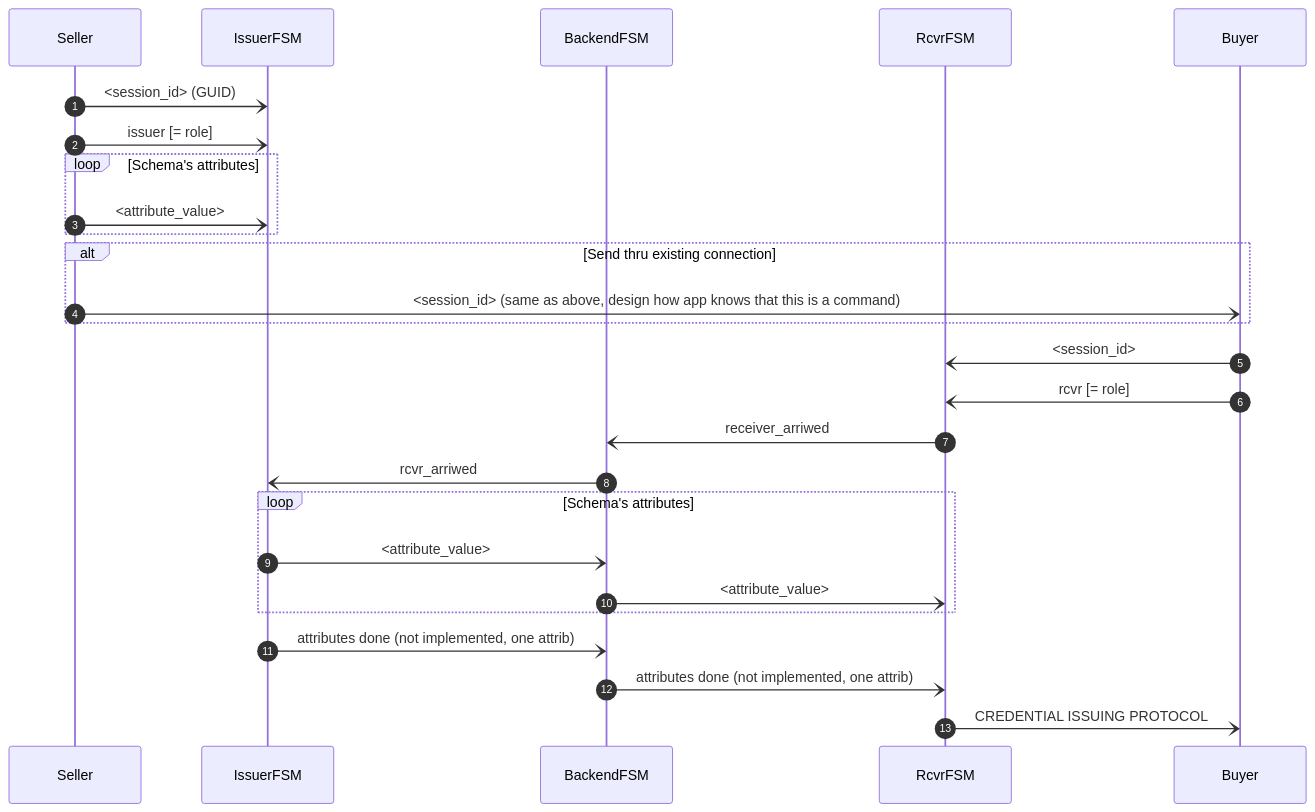
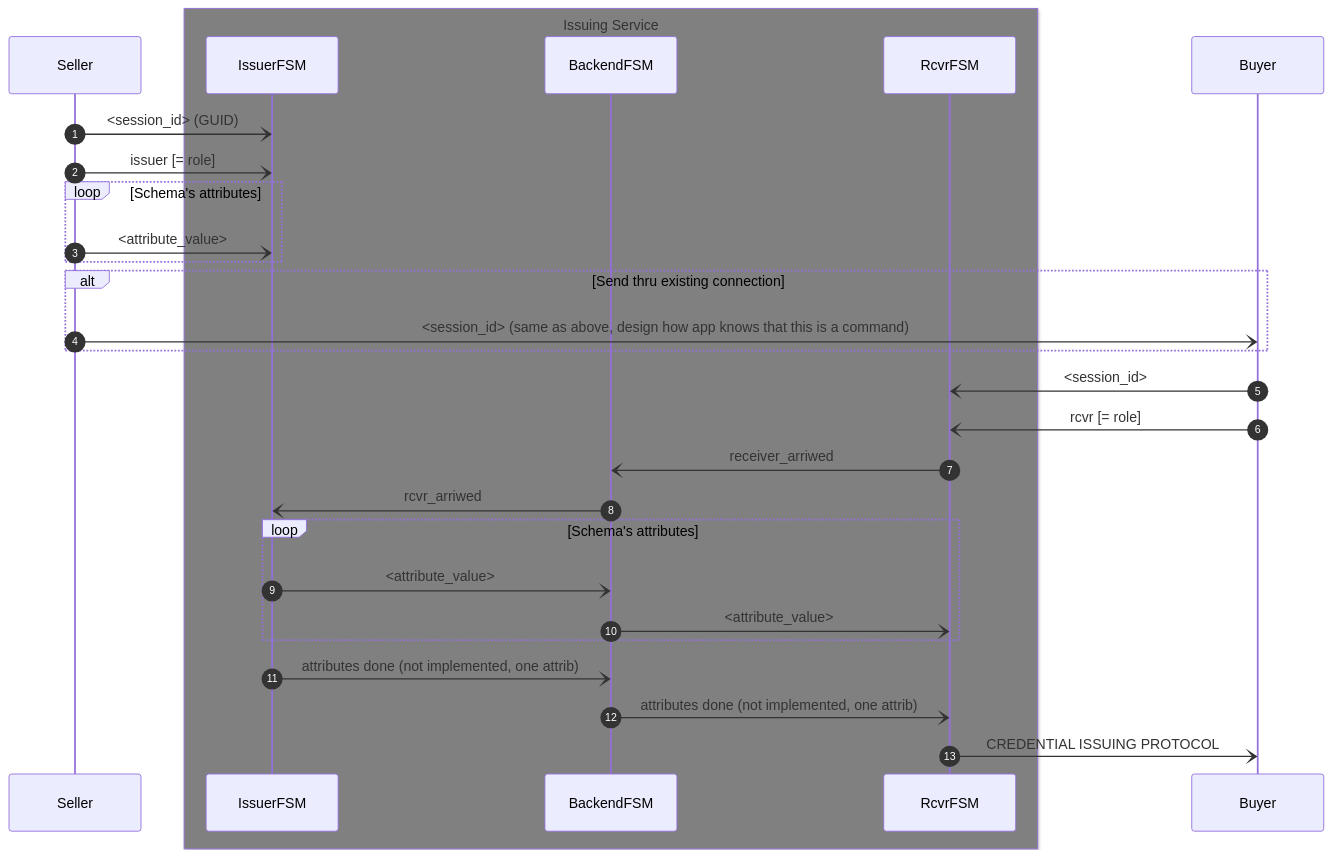
One commit to findy-network/findy-agent-cli changed the diagram in scripts/fullstack/fsm/README.md. Above: the diagram before and after it, drawn with Mermaid. The commit also changed other lines of this file, not shown here.

Commit message:
links, language, sequence box,

````diff
--- a/scripts/fullstack/fsm/README.md
+++ b/scripts/fullstack/fsm/README.md
@@ -117,38 +125,38 @@
 ```mermaid
 sequenceDiagram
     autonumber
 
     participant Seller
 
-    %% box Grey Issuing Service
+    box Grey Issuing Service
     participant IssuerFSM
     participant BackendFSM
     participant RcvrFSM
-    %% end
+    end
 
     participant Buyer
 
     Seller -) IssuerFSM: <session_id> (GUID)
     Seller -) IssuerFSM: issuer [= role]
     loop Schema's attributes
     Seller -) IssuerFSM: <attribute_value>
     end
 
     alt Send thru existing connection 
     Seller -) Buyer: <session_id> (same as above, design how app knows that this is a command)
     end
 
     Buyer -) RcvrFSM: <session_id>
     Buyer -) RcvrFSM: rcvr [= role]
 
     RcvrFSM -) BackendFSM: receiver_arriwed
     BackendFSM -) IssuerFSM: rcvr_arriwed
     loop Schema's attributes
     IssuerFSM -) BackendFSM: <attribute_value>
     BackendFSM -) RcvrFSM: <attribute_value>
     end
     IssuerFSM -) BackendFSM: attributes done (not implemented, one attrib)
     BackendFSM -) RcvrFSM: attributes done (not implemented, one attrib)
 
     RcvrFSM -) Buyer: CREDENTIAL ISSUING PROTOCOL
 ```
````
